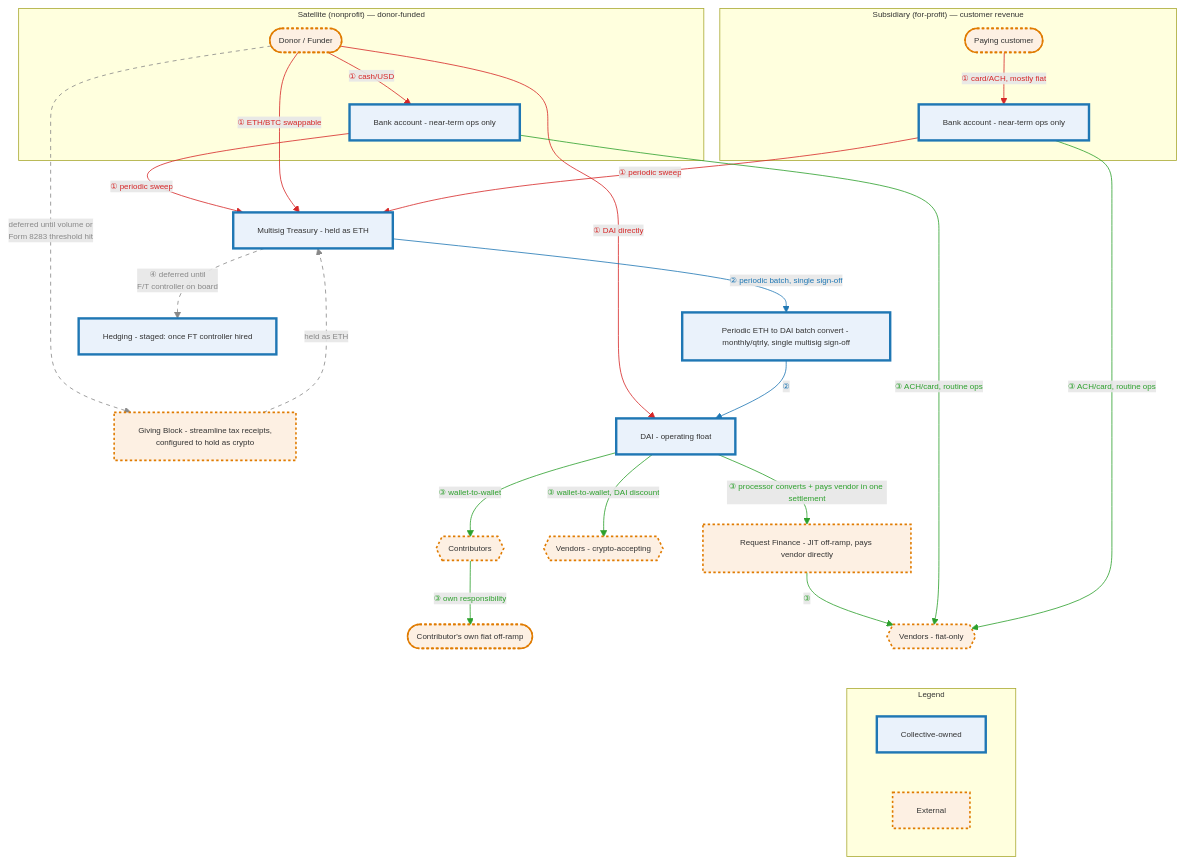
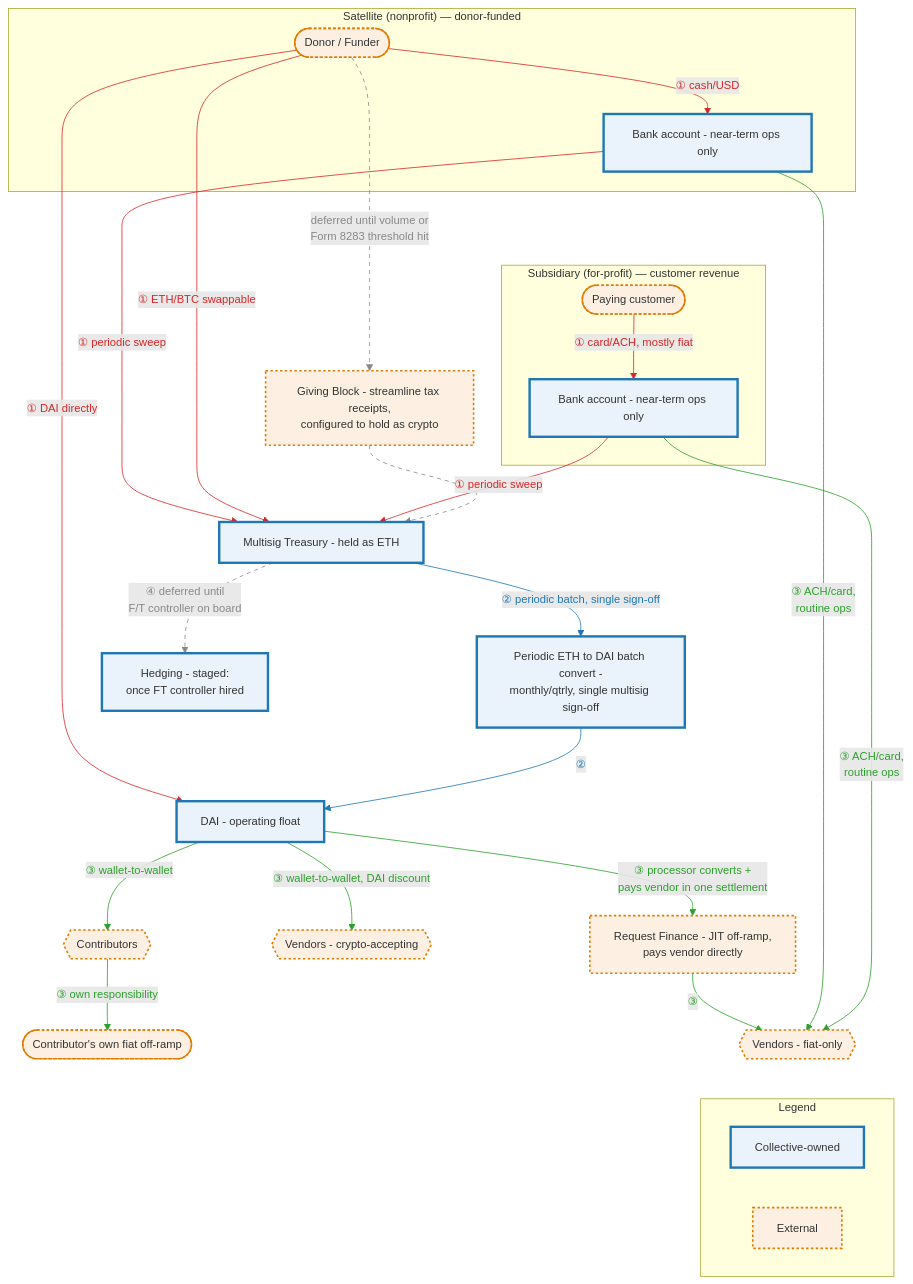
Before and after one commit to doikayt/admin: the diagram in governance/diagrams/fund-flows.mmd, drawn with Mermaid. The commit also changed 2 other files, not shown here.

Commit message:
docs: restack fund-flows diagram for legibility and add its narrative walkthrough
Stack the Satellite above the Subsidiary and raise the font so the diagram reads at page
width, drop a redundant edge label that collided with a sweep label, and add the
walkthrough (money in, converting, money out, held back, what it buys) with a colored key.

```diff
--- a/governance/diagrams/fund-flows.mmd
+++ b/governance/diagrams/fund-flows.mmd
@@ -1,67 +1,66 @@
-%%{init: {"themeVariables": {"fontSize": "10px"}}}%%
+%%{init: {"themeVariables": {"fontSize": "14px"}}}%%
 flowchart TD
     subgraph SAT["Satellite (nonprofit) — donor-funded"]
         Donor([Donor / Funder])
         SatBank[Bank account - near-term ops only]
     end
 
     subgraph SUB["Subsidiary (for-profit) — customer revenue"]
         Customer([Paying customer])
         SubBank[Bank account - near-term ops only]
     end
 
     DonationProcessor[Giving Block - streamline tax receipts,<br/>configured to hold as crypto]
     Treasury[Multisig Treasury - held as ETH]
-    BatchConvert[Periodic ETH to DAI batch convert - monthly/qtrly, single multisig sign-off]
+    BatchConvert[Periodic ETH to DAI batch convert -<br/>monthly/qtrly, single multisig sign-off]
     DAIFloat[DAI - operating float]
     Contributors{{Contributors}}
     ContribOfframp([Contributor's own fiat off-ramp])
     VendorsCrypto{{Vendors - crypto-accepting}}
-    OffRampJIT[Request Finance - JIT off-ramp, pays vendor directly]
+    OffRampJIT[Request Finance - JIT off-ramp,<br/>pays vendor directly]
     VendorsFiat{{Vendors - fiat-only}}
-    Hedge[Hedging - staged: once FT controller hired]
+    Hedge[Hedging - staged:<br/>once FT controller hired]
 
     subgraph LEGEND["Legend"]
         L1[Collective-owned]
         L2[External]
     end
 
     Donor -- "① cash/USD" --> SatBank
     SatBank -- "① periodic sweep" --> Treasury
     Donor -- "① DAI directly" --> DAIFloat
     Donor -- "① ETH/BTC swappable" --> Treasury
     Customer -- "① card/ACH, mostly fiat" --> SubBank
     SubBank -- "① periodic sweep" --> Treasury
 
     Donor -.->|"deferred until volume or<br/>Form 8283 threshold hit"| DonationProcessor
 
     Treasury -- "② periodic batch, single sign-off" --> BatchConvert
     BatchConvert -- "②" --> DAIFloat
 
     DAIFloat -- "③ wallet-to-wallet" --> Contributors
     Contributors -- "③ own responsibility" --> ContribOfframp
     DAIFloat -- "③ wallet-to-wallet, DAI discount" --> VendorsCrypto
-    DAIFloat -- "③ processor converts + pays vendor in one settlement" --> OffRampJIT
+    DAIFloat -- "③ processor converts +<br/>pays vendor in one settlement" --> OffRampJIT
     OffRampJIT -- "③" --> VendorsFiat
-    SatBank -- "③ ACH/card, routine ops" --> VendorsFiat
-    SubBank -- "③ ACH/card, routine ops" --> VendorsFiat
+    SatBank -- "③ ACH/card,<br/>routine ops" --> VendorsFiat
+    SubBank -- "③ ACH/card,<br/>routine ops" --> VendorsFiat
 
     Treasury -.->|"④ deferred until<br/>F/T controller on board"| Hedge
 
-    Hedge ~~~ DonationProcessor
-    Donor ~~~ SatBank
+    SatBank ~~~ Customer
     VendorsFiat ~~~ LEGEND
-    DonationProcessor -.->|"held as ETH"| Treasury
+    DonationProcessor -.-> Treasury
 
     linkStyle 0,1,2,3,4,5 stroke:#d62728,color:#d62728
     linkStyle 7,8 stroke:#1f77b4,color:#1f77b4
     linkStyle 9,10,11,12,13,14,15 stroke:#2ca02c,color:#2ca02c
-    linkStyle 6,16,20 stroke:#888888,color:#888888,stroke-dasharray: 5 5
+    linkStyle 6,16,19 stroke:#888888,color:#888888,stroke-dasharray: 5 5
 
     classDef owned fill:#eaf2fb,stroke:#1f77b4,stroke-width:3px
     classDef external fill:#fdf0e3,stroke:#e07b00,stroke-width:2px,stroke-dasharray:3 3
     class L1 owned
     class L2 external
     class Treasury,SatBank,SubBank,BatchConvert,DAIFloat,Hedge owned
     class Donor,DonationProcessor,Customer,Contributors,ContribOfframp external
     class VendorsCrypto,OffRampJIT,VendorsFiat external
```
